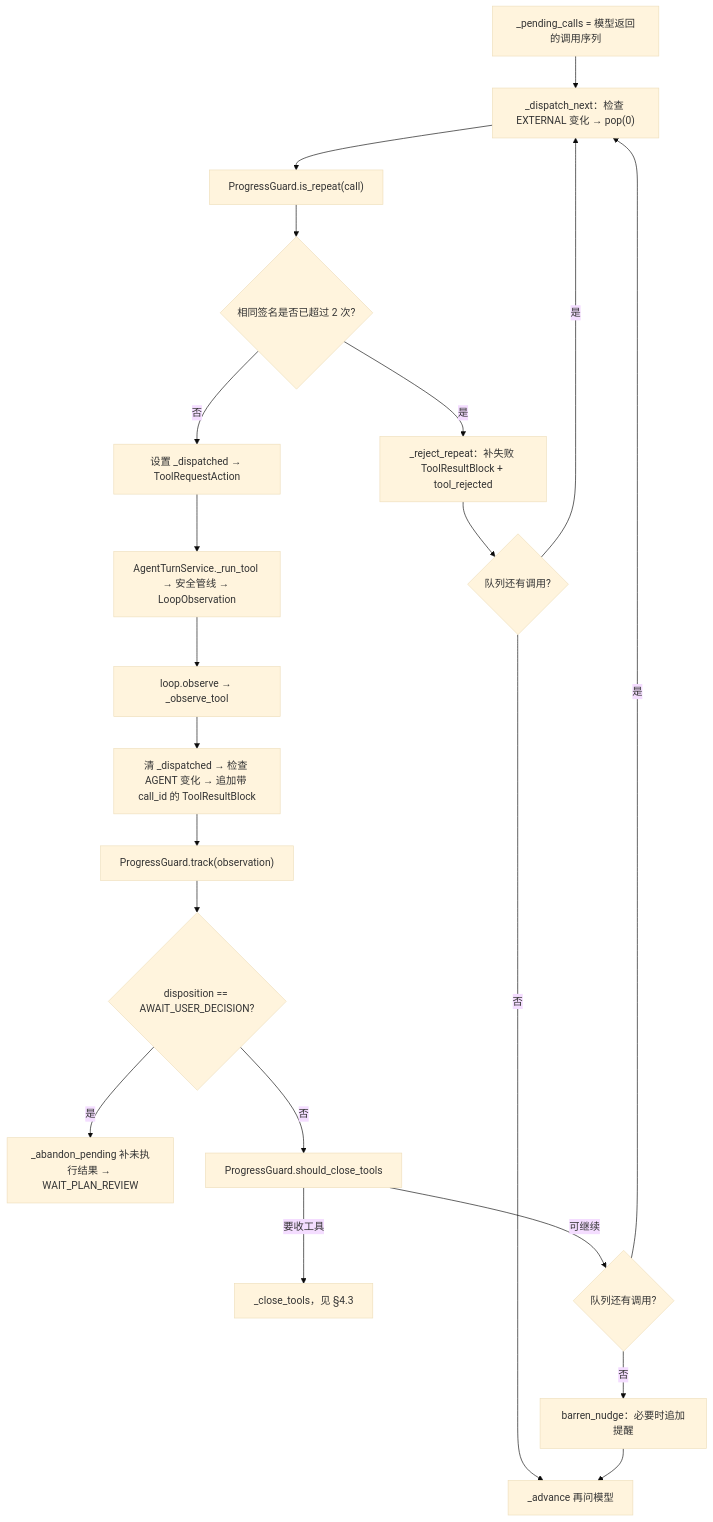
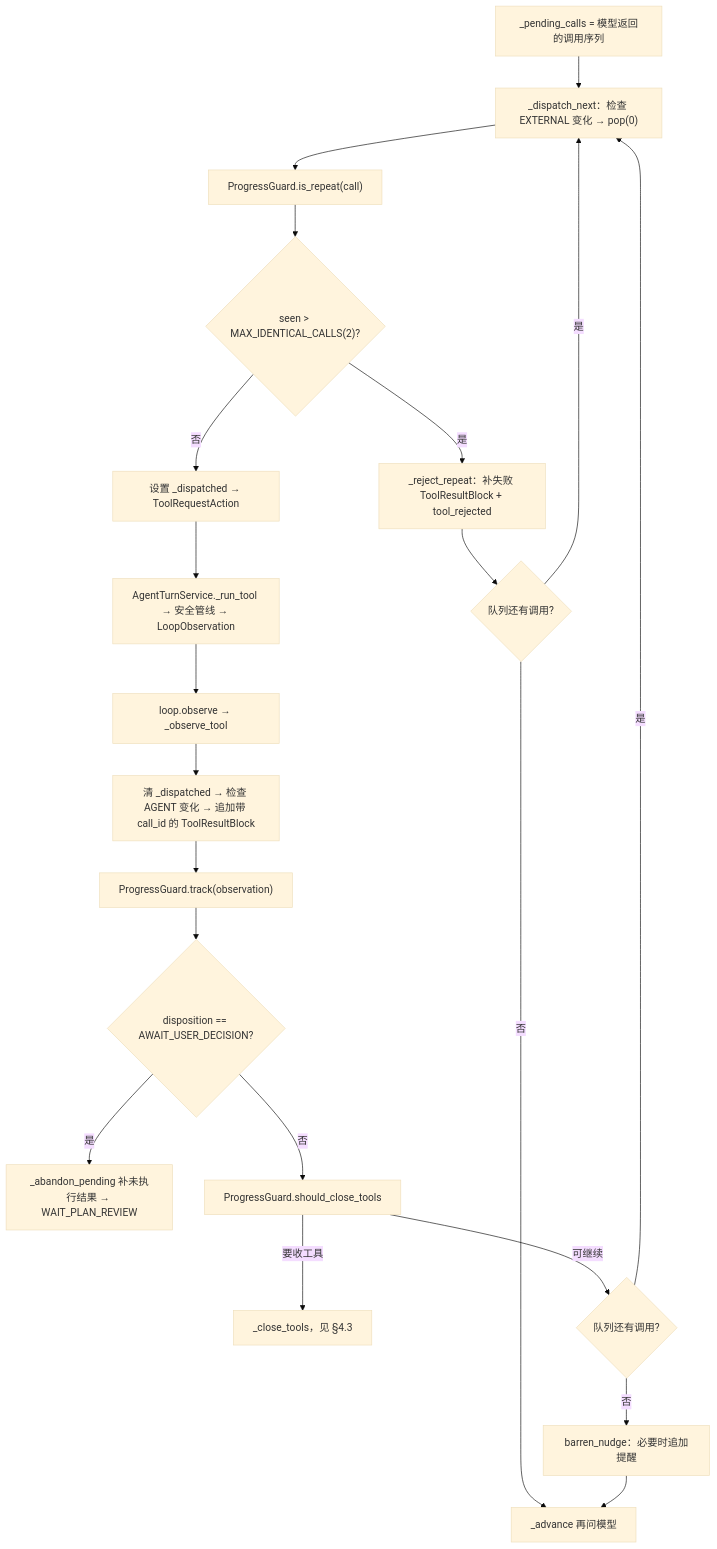
Before and after one commit to qubaolai/ForgeCLI: diagram 11 of 52 in docs/06-code-reading-guide.md, drawn with Mermaid (base theme). The commit also changed other lines of this file and 25 other files, not shown here.

````diff
--- a/docs/06-code-reading-guide.md
+++ b/docs/06-code-reading-guide.md
@@ -466,23 +466,23 @@
 ```mermaid
 flowchart TD
     A["_pending_calls = 模型返回的调用序列"] --> B["_dispatch_next：检查 EXTERNAL 变化 → pop(0)"]
     B --> C["ProgressGuard.is_repeat(call)"]
-    C --> D{"相同签名是否已超过 2 次?"}
+    C --> D{"seen > MAX_IDENTICAL_CALLS(2)?"}
     D -->|是| E["_reject_repeat：补失败 ToolResultBlock + tool_rejected"]
     E --> F{"队列还有调用?"}
     F -->|是| B
     F -->|否| G["_advance 再问模型"]
     D -->|否| H["设置 _dispatched → ToolRequestAction"]
     H --> I["AgentTurnService._run_tool → 安全管线 → LoopObservation"]
     I --> J["loop.observe → _observe_tool"]
     J --> K["清 _dispatched → 检查 AGENT 变化 → 追加带 call_id 的 ToolResultBlock"]
     K --> L["ProgressGuard.track(observation)"]
     L --> M{"disposition == AWAIT_USER_DECISION?"}
     M -->|是| N["_abandon_pending 补未执行结果 → WAIT_PLAN_REVIEW"]
     M -->|否| O["ProgressGuard.should_close_tools"]
     O -->|要收工具| P["_close_tools，见 §4.3"]
     O -->|可继续| Q{"队列还有调用?"}
     Q -->|是| B
     Q -->|否| R["barren_nudge：必要时追加提醒"]
     R --> G
 ```
````
